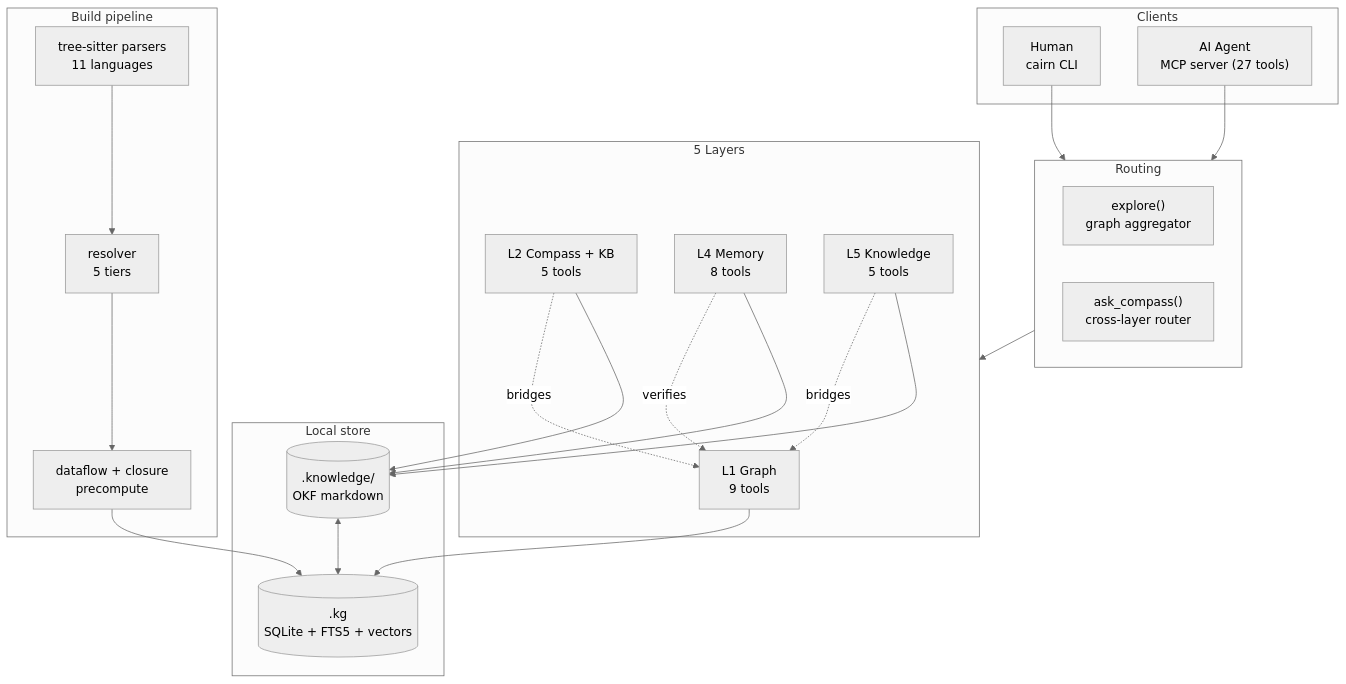
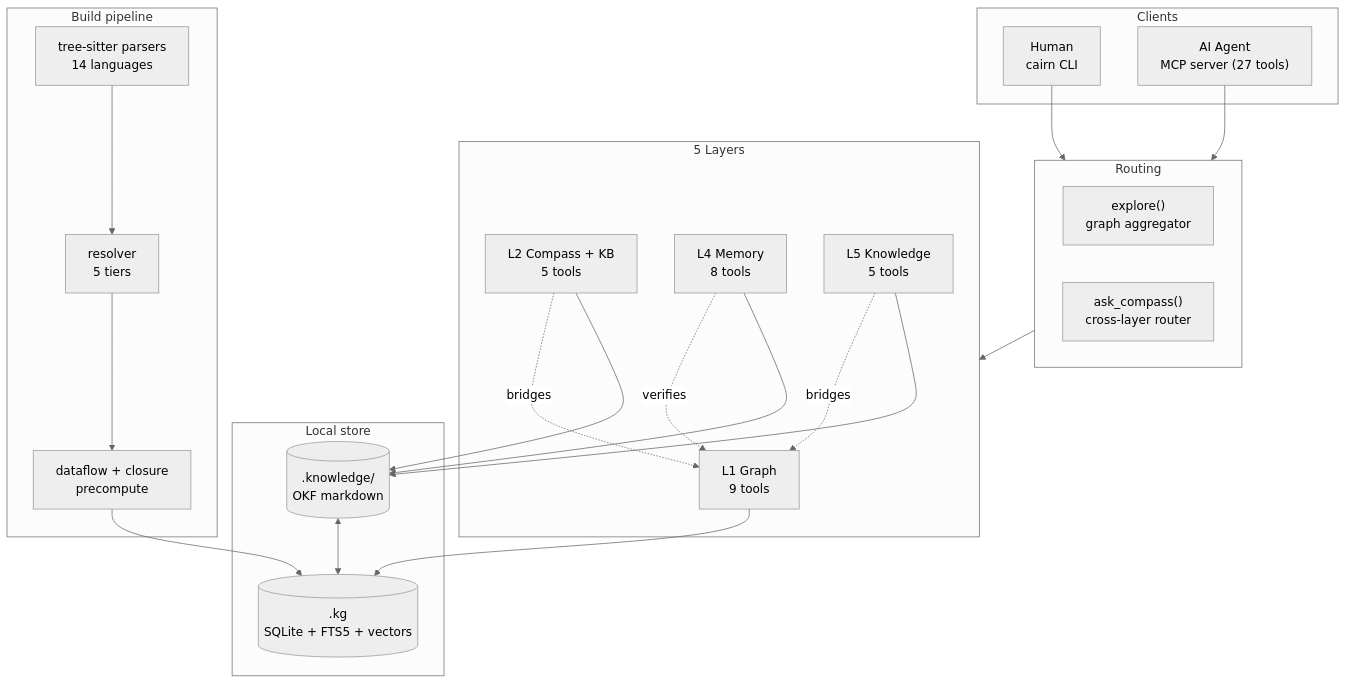
Before and after one commit to tanlnm512/cairn: the first of 11 diagrams in docs/architecture-overview.md, drawn with Mermaid (neutral theme). The commit also changed other lines of this file and 8 other files, not shown here.

````diff
--- a/docs/architecture-overview.md
+++ b/docs/architecture-overview.md
@@ -29,43 +29,43 @@
 ```mermaid
 flowchart TB
     subgraph Clients["Clients"]
         H["Human<br/>cairn CLI"]
         A["AI Agent<br/>MCP server (27 tools)"]
     end
 
     subgraph Router["Routing"]
         EX["explore()<br/>graph aggregator"]
         AC["ask_compass()<br/>cross-layer router"]
     end
 
     subgraph Layers["5 Layers"]
         L1["L1 Graph<br/>9 tools"]
         L2["L2 Compass + KB<br/>5 tools"]
         L4["L4 Memory<br/>8 tools"]
         L5["L5 Knowledge<br/>5 tools"]
     end
 
     subgraph Store["Local store"]
         DB[(".kg<br/>SQLite + FTS5 + vectors")]
         KB[(".knowledge/<br/>OKF markdown")]
     end
 
     subgraph Build["Build pipeline"]
-        P["tree-sitter parsers<br/>11 languages"]
+        P["tree-sitter parsers<br/>14 languages"]
         R["resolver<br/>5 tiers"]
         D["dataflow + closure<br/>precompute"]
     end
 
     H --> Router
     A --> Router
     Router --> Layers
     L1 --> DB
     L2 --> KB
     L2 -.bridges.-> L1
     L4 --> KB
     L4 -.verifies.-> L1
     L5 --> KB
     L5 -.bridges.-> L1
     P --> R --> D --> DB
     KB <--> DB
 ```
````
